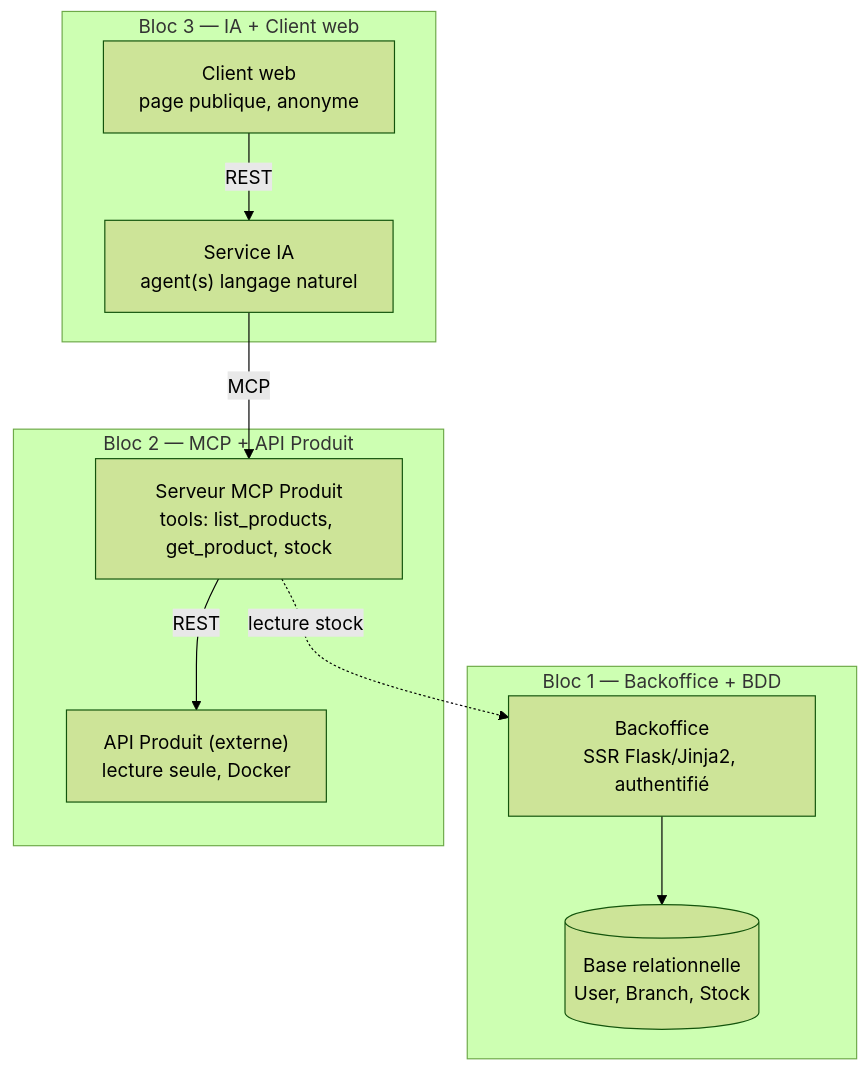
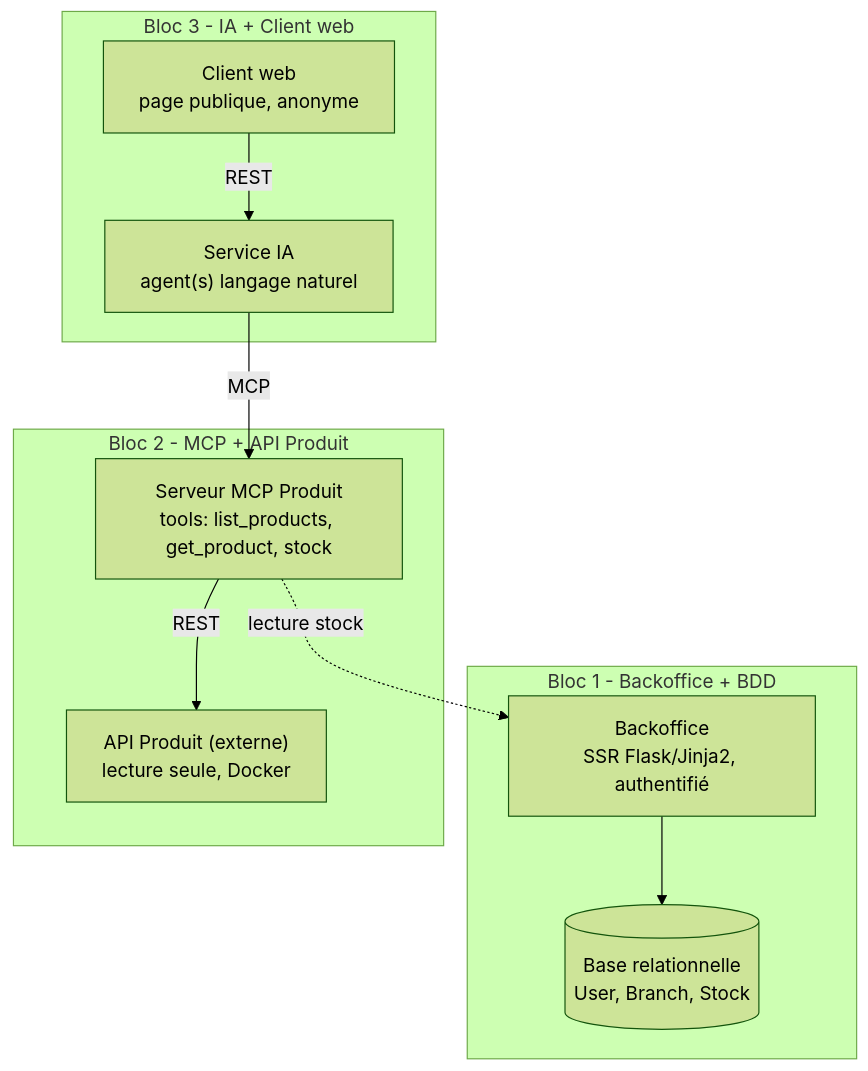
Before and after one commit to Adamzou-lab/holbertonschool-hbntory: the first of 2 diagrams in docs/architecture.md, drawn with Mermaid (forest theme). The commit also changed other lines of this file and 14 other files, not shown here.

First line of the commit message:
docs: schéma ER de la base de données + nettoyage typographique

````diff
--- a/docs/architecture.md
+++ b/docs/architecture.md
@@ -19,23 +19,23 @@
 ```mermaid
 graph TB
-    subgraph Bloc1["Bloc 1 — Backoffice + BDD"]
+    subgraph Bloc1["Bloc 1 - Backoffice + BDD"]
         BO["Backoffice<br/>SSR Flask/Jinja2, authentifié"]
         DB[("Base relationnelle<br/>User, Branch, Stock")]
     end
 
-    subgraph Bloc2["Bloc 2 — MCP + API Produit"]
+    subgraph Bloc2["Bloc 2 - MCP + API Produit"]
         MCP["Serveur MCP Produit<br/>tools: list_products, get_product, stock"]
         API["API Produit (externe)<br/>lecture seule, Docker"]
     end
 
-    subgraph Bloc3["Bloc 3 — IA + Client web"]
+    subgraph Bloc3["Bloc 3 - IA + Client web"]
         IA["Service IA<br/>agent(s) langage naturel"]
         WEB["Client web<br/>page publique, anonyme"]
     end
 
     WEB -- REST --> IA
     IA -- MCP --> MCP
     MCP -- REST --> API
     MCP -. lecture stock .-> BO
     BO --> DB
 ```
````
